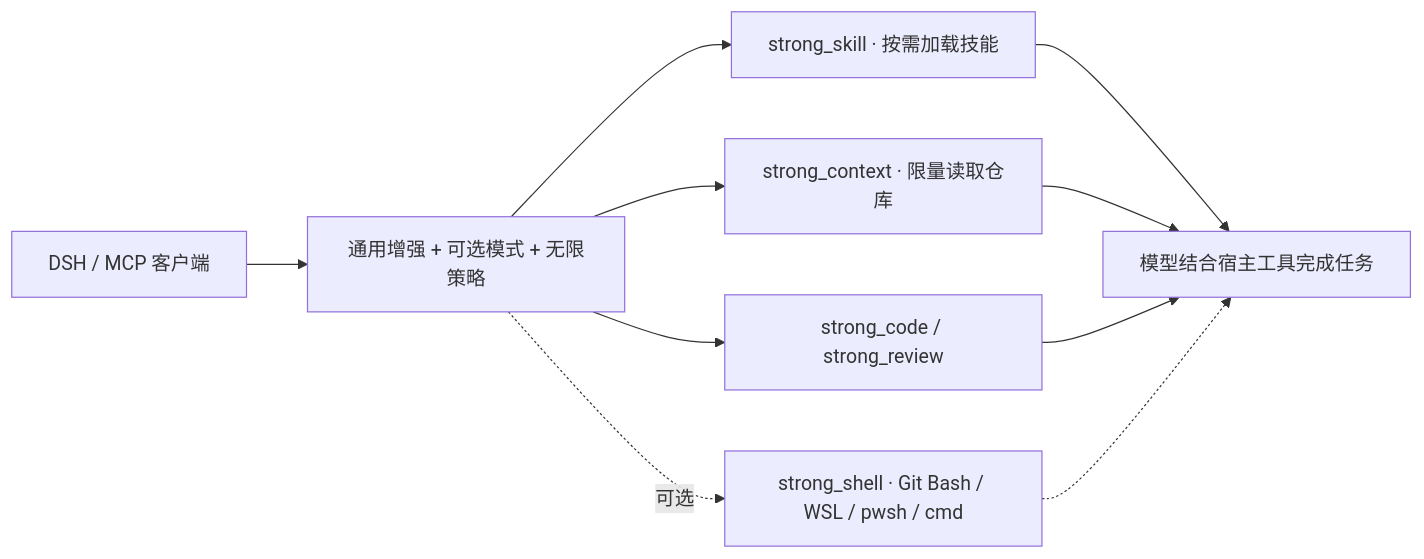
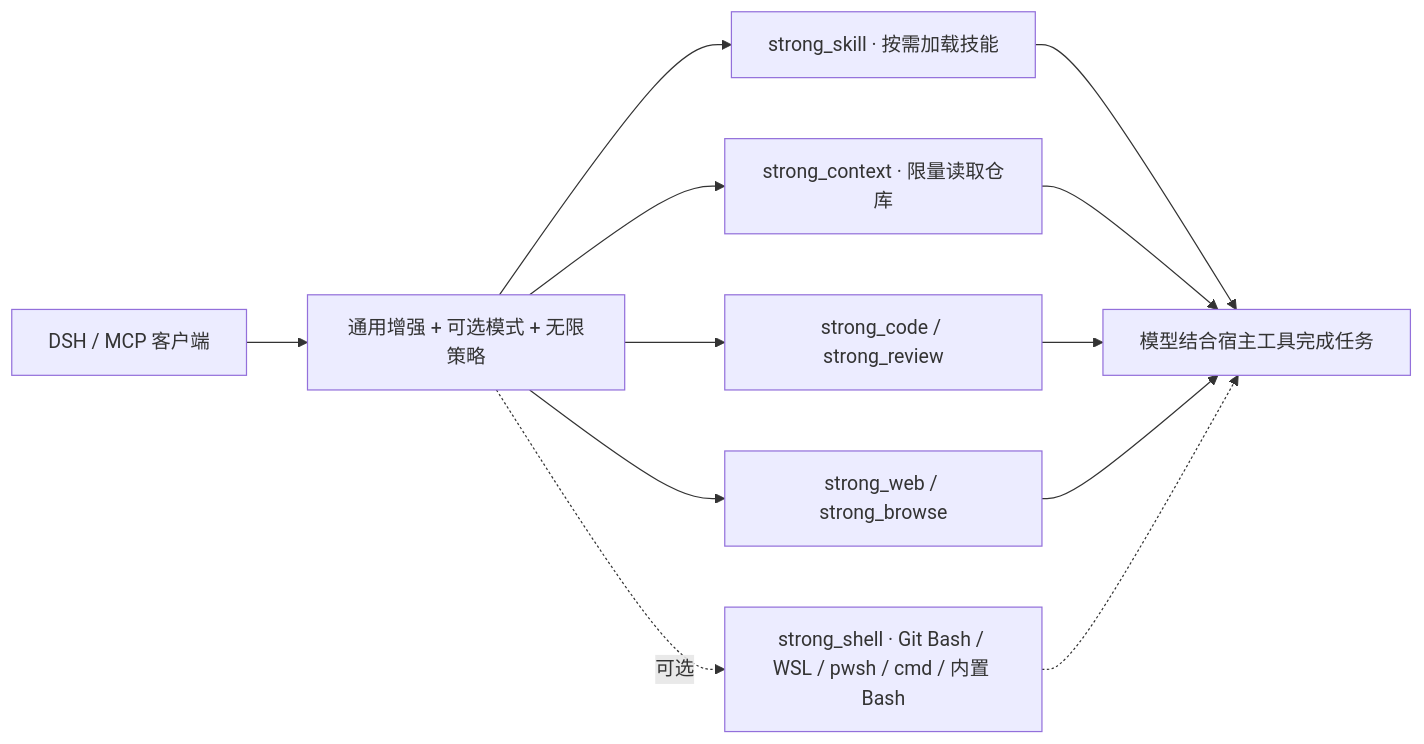
The diagram in README.md (wemebabo57-a11y/dsh-mcp-strong-and-skills), drawn with Mermaid before and after one commit. The commit also changed other lines of this file and 40 other files, not shown here.

First line of the commit message:
release: 0.4.0 — clearer prompts, web search, headless browser, built-in Bash

````diff
--- a/README.md
+++ b/README.md
@@ -296,12 +312,14 @@
 ```mermaid
 flowchart LR
     Host[DSH / MCP 客户端] --> Gateway[通用增强 + 可选模式 + 无限策略]
     Gateway --> Skills[strong_skill · 按需加载技能]
     Gateway --> Context[strong_context · 限量读取仓库]
     Gateway --> Code[strong_code / strong_review]
-    Gateway -.可选.-> Shell[strong_shell · Git Bash / WSL / pwsh / cmd]
+    Gateway --> Web[strong_web / strong_browse]
+    Gateway -.可选.-> Shell[strong_shell · Git Bash / WSL / pwsh / cmd / 内置 Bash]
     Skills --> Model[模型结合宿主工具完成任务]
     Context --> Model
     Code --> Model
+    Web --> Model
     Shell -.-> Model
 ```
````
